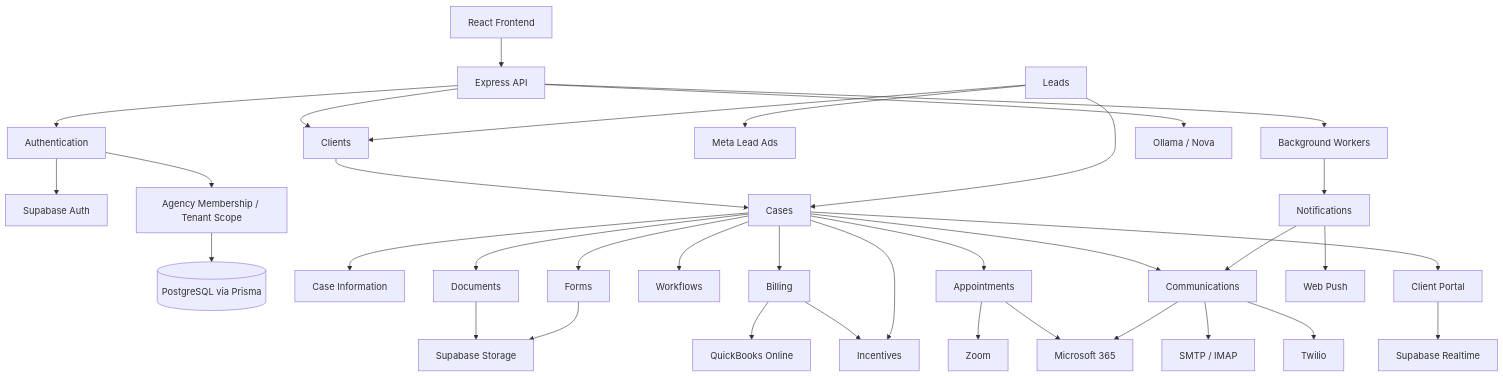
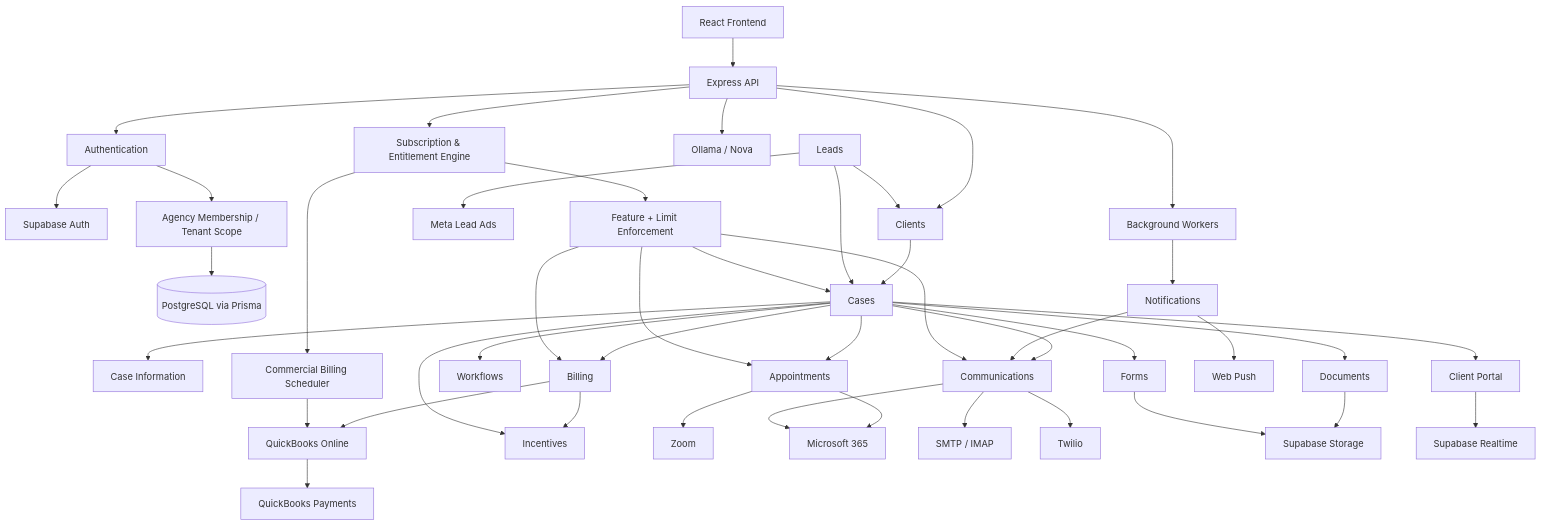
Before and after one commit to WhyHarvi/CaseDesk: the diagram in docs/00-System/System-Map.md, drawn with Mermaid. The commit also changed other lines of this file and 49 other files, not shown here.

````diff
--- a/docs/00-System/System-Map.md
+++ b/docs/00-System/System-Map.md
@@ -9,37 +9,46 @@
 ```mermaid
 graph TD
   UI[React Frontend] --> API[Express API]
   API --> Auth[Authentication]
   Auth --> SB[Supabase Auth]
   Auth --> Tenant[Agency Membership / Tenant Scope]
   Tenant --> DB[(PostgreSQL via Prisma)]
   API --> Clients
   Clients --> Cases
   Leads --> Clients
   Leads --> Cases
   Cases --> CaseInfo[Case Information]
   Cases --> Documents
   Cases --> Forms
   Cases --> Workflows
   Cases --> Billing
   Cases --> Appointments
   Cases --> Communications
   Cases --> Portal[Client Portal]
   Billing --> QBO[QuickBooks Online]
   Billing --> Incentives
   Cases --> Incentives
   Appointments --> Zoom
   Appointments --> M365[Microsoft 365]
   Communications --> M365
   Communications --> SMTP[SMTP / IMAP]
   Communications --> Twilio
   Documents --> Storage[Supabase Storage]
   Forms --> Storage
   Portal --> Realtime[Supabase Realtime]
   Leads --> Meta[Meta Lead Ads]
   API --> Workers[Background Workers]
   Workers --> Notifications
   Notifications --> WebPush[Web Push]
   Notifications --> Communications
   API --> AI[Ollama / Nova]
+  API --> Subscription[Subscription & Entitlement Engine]
+  Subscription --> Authz[Feature + Limit Enforcement]
+  Authz --> Cases
+  Authz --> Billing
+  Authz --> Communications
+  Authz --> Appointments
+  Subscription --> CommercialBilling[Commercial Billing Scheduler]
+  CommercialBilling --> QBO
+  QBO --> QBPayments[QuickBooks Payments]
 ```
````
